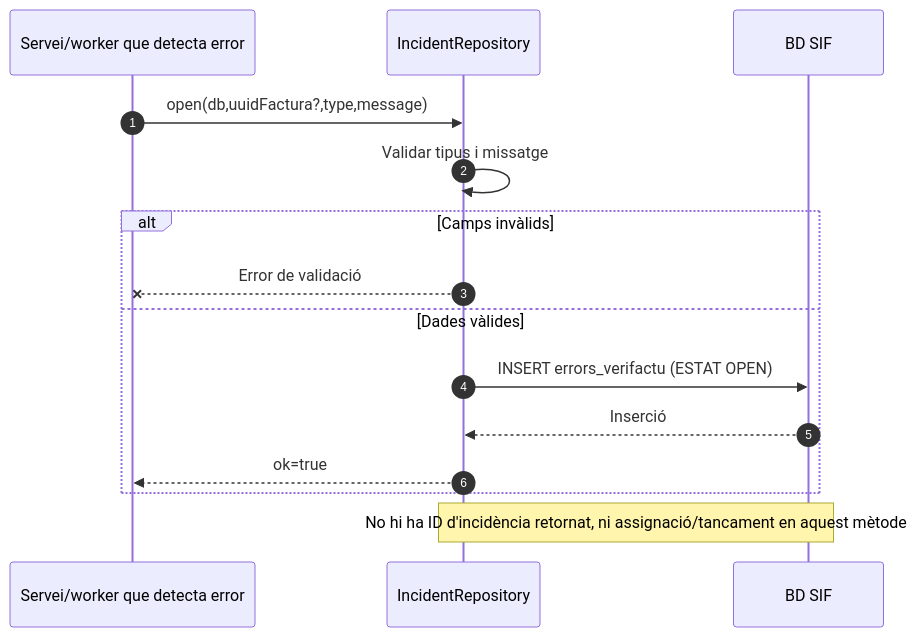
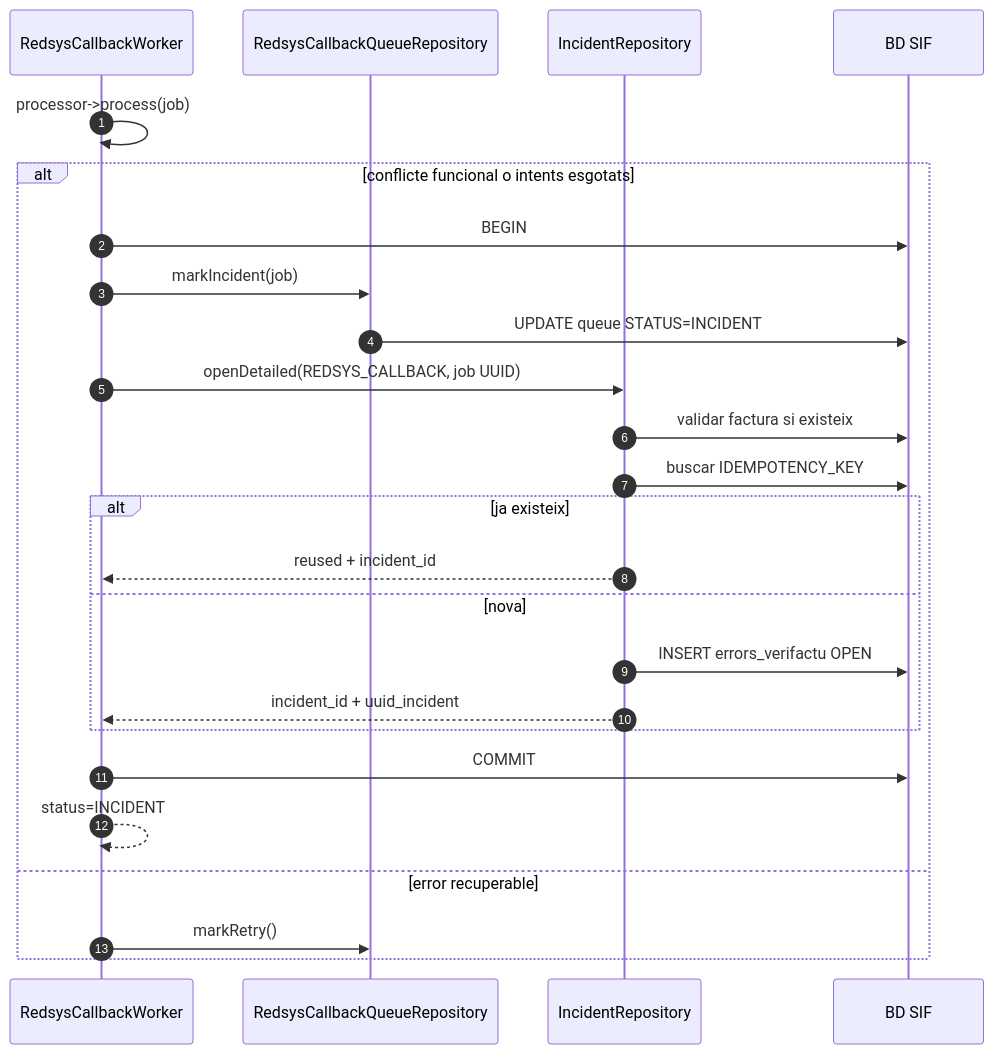
Before and after one commit to orgmeriemprismacat-del/verifactu: the third of 23 diagrams in documentacio/07-uml-integrat/uc-008-gestionar-incidencia-sif.md, drawn with Mermaid. The commit also changed other lines of this file and 18 other files, not shown here.

````diff
--- a/documentacio/07-uml-integrat/uc-008-gestionar-incidencia-sif.md
+++ b/documentacio/07-uml-integrat/uc-008-gestionar-incidencia-sif.md
@@ -160,17 +253,28 @@
-```mermaid
+~~~mermaid
 sequenceDiagram
 autonumber
-participant S as Servei/worker que detecta error
+participant W as RedsysCallbackWorker
+participant Q as RedsysCallbackQueueRepository
 participant I as IncidentRepository
 participant DB as BD SIF
-S->>I: open(db,uuidFactura?,type,message)
-I->>I: Validar tipus i missatge
-alt Camps invàlids
- I--xS: Error de validació
-else Dades vàlides
- I->>DB: INSERT errors_verifactu (ESTAT OPEN)
- DB-->>I: Inserció
- I-->>S: ok=true
+
+W->>W: processor->process(job)
+alt conflicte funcional o intents esgotats
+  W->>DB: BEGIN
+  W->>Q: markIncident(job)
+  Q->>DB: UPDATE queue STATUS=INCIDENT
+  W->>I: openDetailed(REDSYS_CALLBACK, job UUID)
+  I->>DB: validar factura si existeix
+  I->>DB: buscar IDEMPOTENCY_KEY
+  alt ja existeix
+    I-->>W: reused + incident_id
+  else nova
+    I->>DB: INSERT errors_verifactu OPEN
+    I-->>W: incident_id + uuid_incident
+  end
+  W->>DB: COMMIT
+  W-->>W: status=INCIDENT
+else error recuperable
+  W->>Q: markRetry()
 end
-Note over I,DB: No hi ha ID d'incidència retornat, ni assignació/tancament en aquest mètode
-```
+~~~
````
